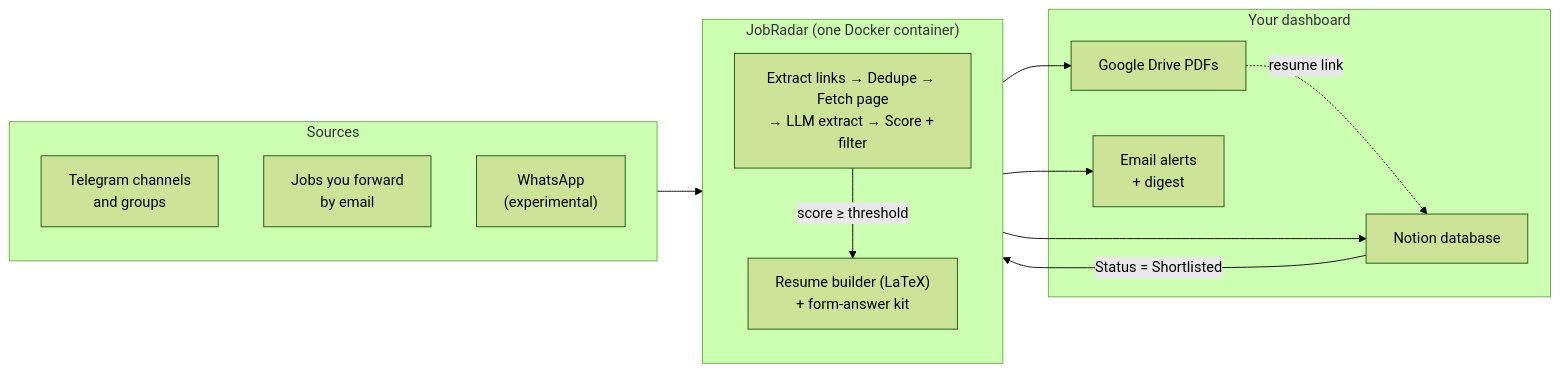
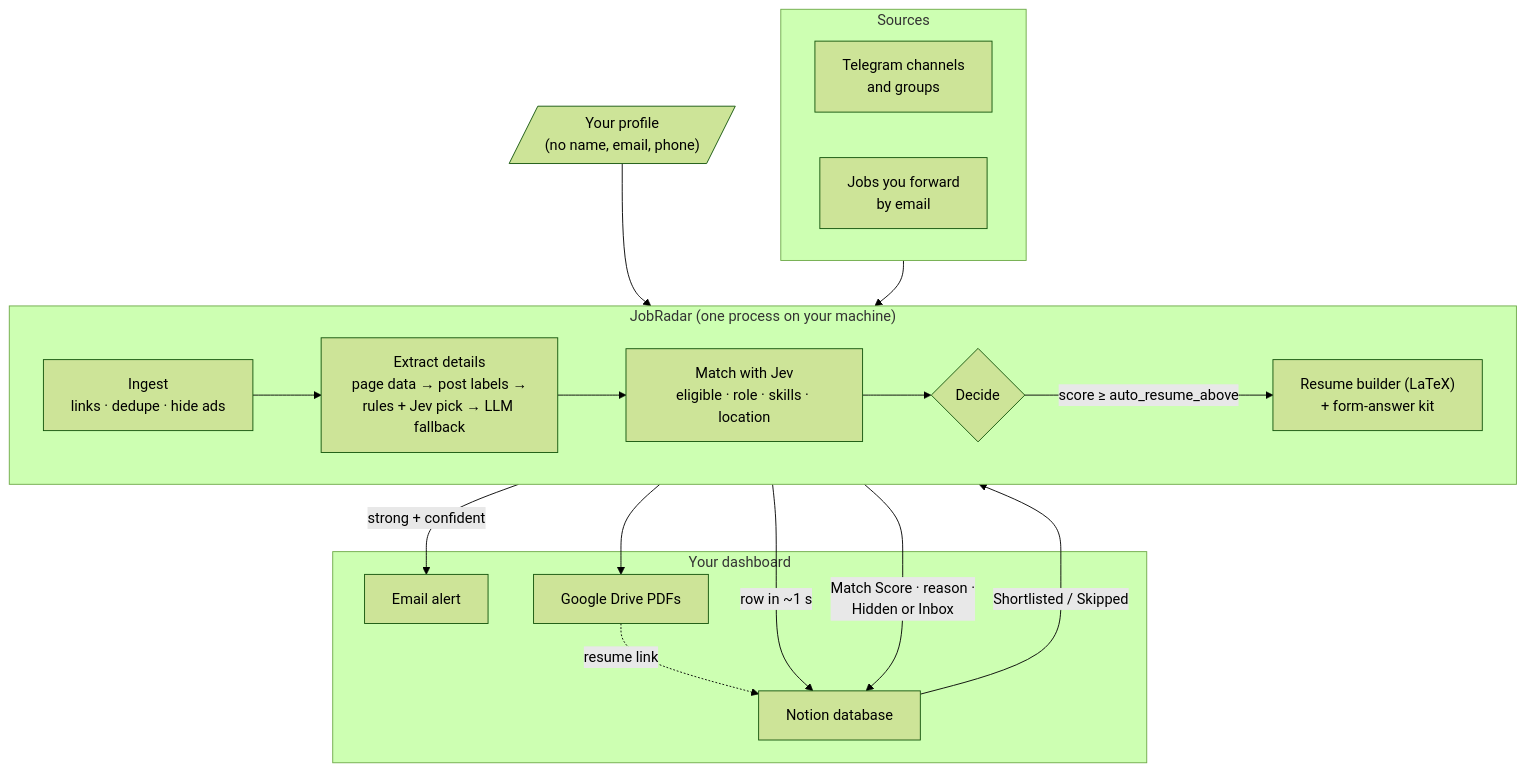
Before and after one commit to ThePlator/JobRadar: the diagram in README.md, drawn with Mermaid (forest theme). The commit also changed other lines of this file and 3 other files, not shown here.

````diff
--- a/README.md
+++ b/README.md
@@ -27,28 +28,32 @@
 ```mermaid
-flowchart LR
+flowchart TB
     subgraph Sources
         TG["Telegram channels<br/>and groups"]
         BOT["Jobs you forward<br/>by email"]
-        WA["WhatsApp<br/>(experimental)"]
     end
 
-    subgraph JobRadar["JobRadar (one Docker container)"]
-        direction TB
-        P["Extract links → Dedupe → Fetch page<br/>→ LLM extract → Score + filter"]
+    subgraph JobRadar["JobRadar (one process on your machine)"]
+        direction LR
+        I["Ingest<br/>links · dedupe · hide ads"] --> X["Extract details<br/>page data → post labels →<br/>rules + Jev pick → LLM fallback"]
+        X --> M["Match with Jev<br/>eligible · role · skills · location"]
+        M --> D{"Decide"}
         R["Resume builder (LaTeX)<br/>+ form-answer kit"]
-        P -- "score ≥ threshold" --> R
+        D -- "score ≥ auto_resume_above" --> R
     end
+
+    PR[/"Your profile<br/>(no name, email, phone)"/] --> M
 
     subgraph You["Your dashboard"]
         N["Notion database"]
-        D["Google Drive PDFs"]
-        A["Email alerts<br/>+ digest"]
+        A["Email alert"]
+        G["Google Drive PDFs"]
     end
 
-    Sources --> P
-    P --> N
-    R --> D
-    D -. "resume link" .-> N
-    P --> A
-    N -- "Status = Shortlisted" --> R
+    Sources --> I
+    I -- "row in ~1 s" --> N
+    D -- "Match Score · reason ·<br/>Hidden or Inbox" --> N
+    D -- "strong + confident" --> A
+    R --> G
+    G -. "resume link" .-> N
+    N -- "Shortlisted / Skipped" --> D
 ```
````
